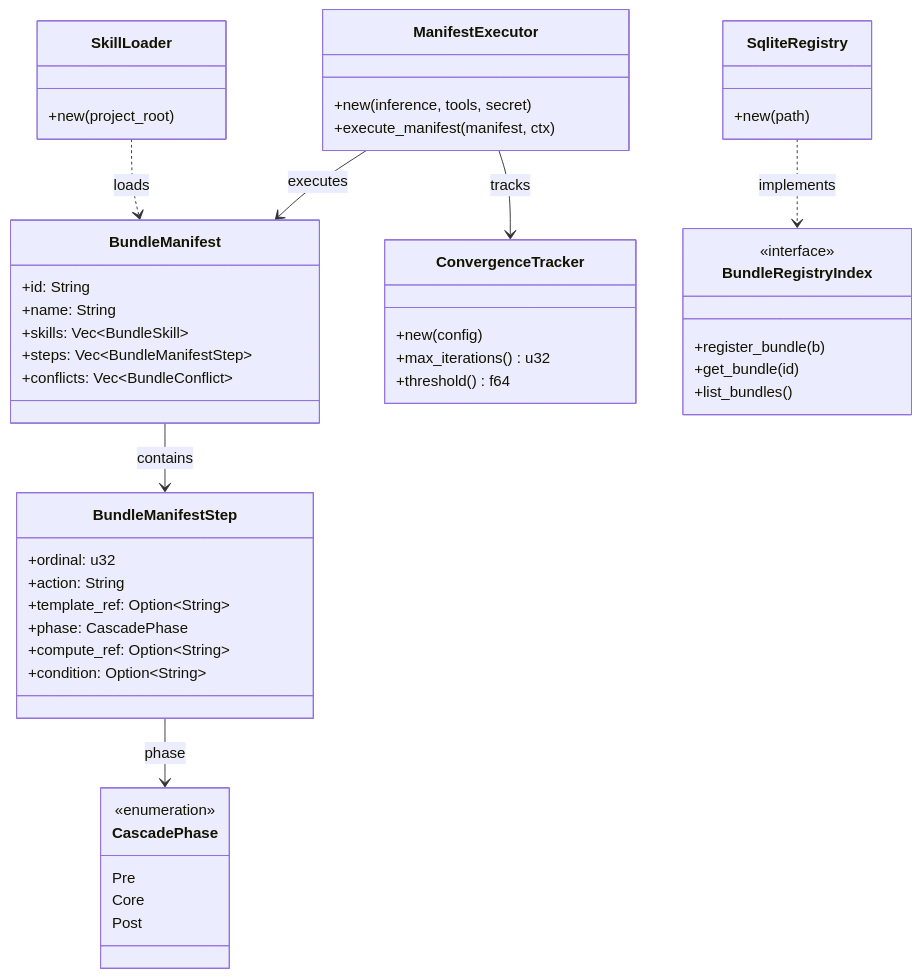
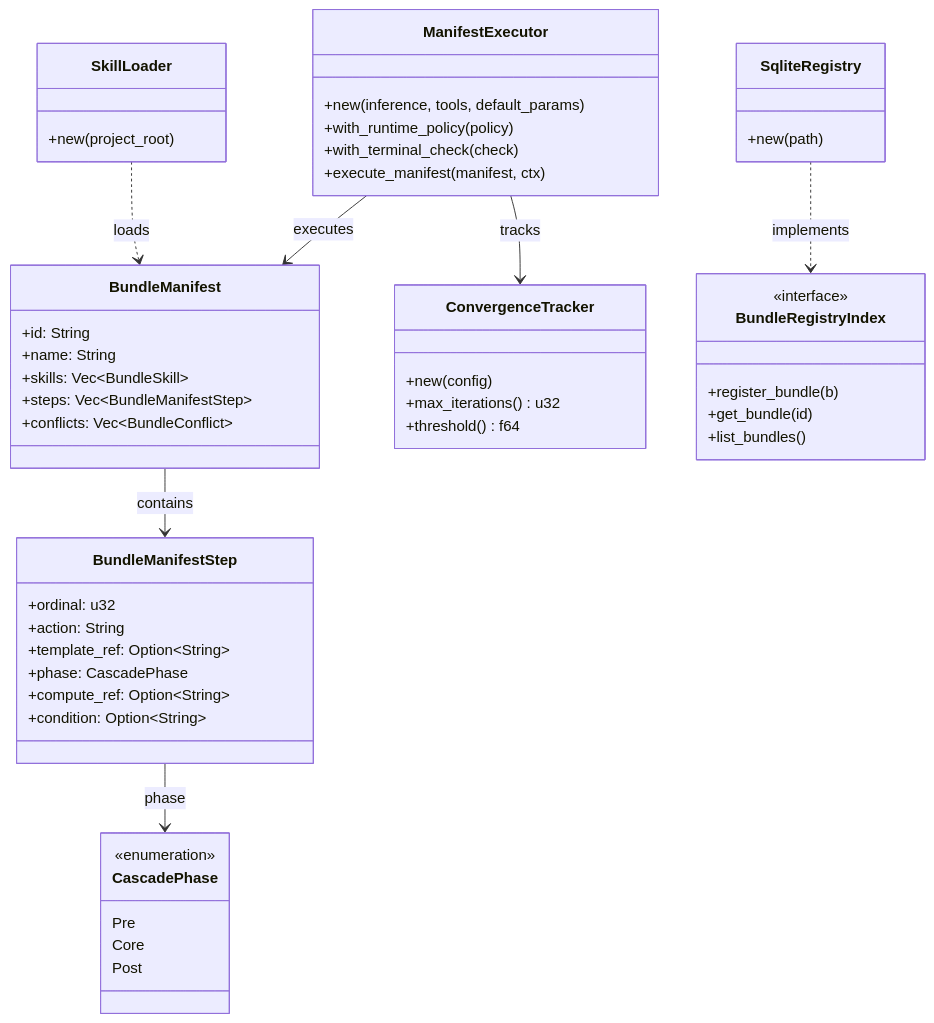
The diagram in kask/docs/diataxis/hkask-templates/reference.md (mdz-axo/zed-kask), drawn with Mermaid before and after one commit. The commit also changed other lines of this file and 55 other files, not shown here.

````diff
--- a/kask/docs/diataxis/hkask-templates/reference.md
+++ b/kask/docs/diataxis/hkask-templates/reference.md
@@ -59,52 +61,54 @@
 ```mermaid
 classDiagram
     class BundleManifest {
         +id: String
         +name: String
         +skills: Vec~BundleSkill~
         +steps: Vec~BundleManifestStep~
         +conflicts: Vec~BundleConflict~
     }
     class BundleManifestStep {
         +ordinal: u32
         +action: String
         +template_ref: Option~String~
         +phase: CascadePhase
         +compute_ref: Option~String~
         +condition: Option~String~
     }
     class CascadePhase {
         <<enumeration>>
         Pre
         Core
         Post
     }
     class ManifestExecutor {
-        +new(inference, tools, secret)
+        +new(inference, tools, default_params)
+        +with_runtime_policy(policy)
+        +with_terminal_check(check)
         +execute_manifest(manifest, ctx)
     }
     class ConvergenceTracker {
         +new(config)
         +max_iterations() u32
         +threshold() f64
     }
     class SkillLoader {
         +new(project_root)
     }
     class SqliteRegistry {
         +new(path)
     }
     class BundleRegistryIndex {
         <<interface>>
         +register_bundle(b)
         +get_bundle(id)
         +list_bundles()
     }
 
     BundleManifest --> BundleManifestStep : contains
     BundleManifestStep --> CascadePhase : phase
     ManifestExecutor --> BundleManifest : executes
     ManifestExecutor --> ConvergenceTracker : tracks
     SkillLoader ..> BundleManifest : loads
     SqliteRegistry ..> BundleRegistryIndex : implements
 ```
````
